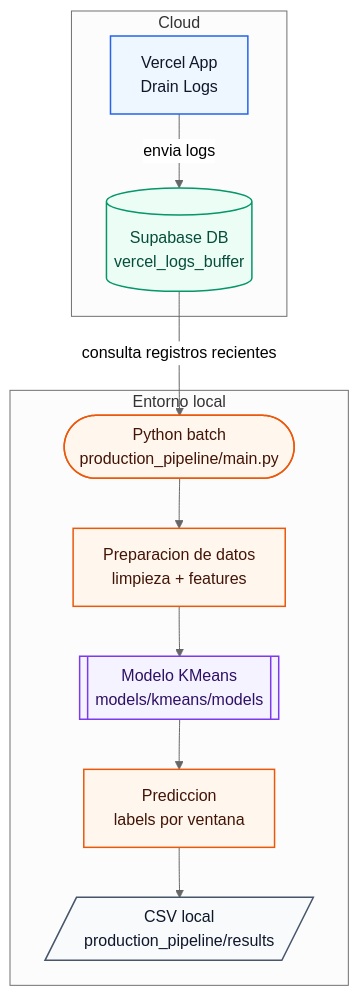
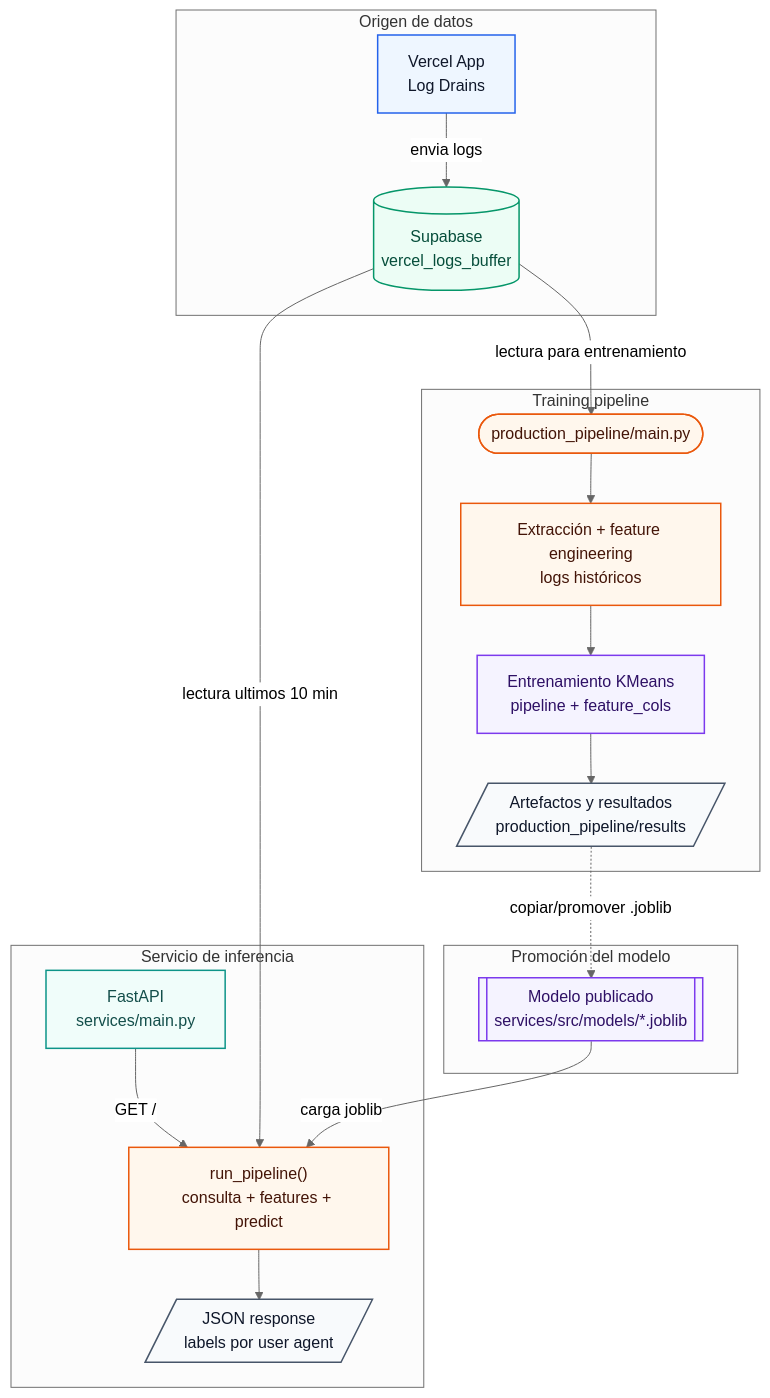
Before and after one commit to Groltjor/LogHound: the diagram in README.MD, drawn with Mermaid (neutral theme). The commit also changed other lines of this file and 19 other files, not shown here.

````diff
--- a/README.MD
+++ b/README.MD
@@ -11,34 +38,50 @@
 ```mermaid
 flowchart TB
-    subgraph cloud["Cloud"]
-        vercel["Vercel App<br/>Drain Logs"]
-        supabase[("Supabase DB<br/>vercel_logs_buffer")]
+    subgraph origen["Origen de datos"]
+        vercel["Vercel App<br/>Log Drains"]
+        supabase[("Supabase<br/>vercel_logs_buffer")]
     end
 
-    subgraph local["Entorno local"]
-        batch(["Python batch<br/>production_pipeline/main.py"])
-        etl["Preparacion de datos<br/>limpieza + features"]
-        kmeans[["Modelo KMeans<br/>models/kmeans/models"]]
-        predict["Prediccion<br/>labels por ventana"]
-        results[/"CSV local<br/>production_pipeline/results"/]
+    subgraph training["Training pipeline"]
+        trainBatch(["production_pipeline/main.py"])
+        trainEtl["Extracción + feature engineering<br/>logs históricos"]
+        trainModel["Entrenamiento KMeans<br/>pipeline + feature_cols"]
+        trainArtifacts[/"Artefactos y resultados<br/>production_pipeline/results"/]
+    end
+
+    subgraph release["Promoción del modelo"]
+        promotedModel[["Modelo publicado<br/>services/src/models/*.joblib"]]
+    end
+
+    subgraph api["Servicio de inferencia"]
+        fastapi["FastAPI<br/>services/main.py"]
+        servicePipeline["run_pipeline()<br/>consulta + features + predict"]
+        response[/"JSON response<br/>labels por user agent"/]
     end
 
     vercel -->|"envia logs"| supabase
-    supabase -->|"consulta registros recientes"| batch
-    batch --> etl
-    etl --> kmeans
-    kmeans --> predict
-    predict --> results
+    supabase -->|"lectura para entrenamiento"| trainBatch
+    trainBatch --> trainEtl
+    trainEtl --> trainModel
+    trainModel --> trainArtifacts
+    trainArtifacts -.->|"copiar/promover .joblib"| promotedModel
+
+    fastapi -->|"GET /"| servicePipeline
+    supabase -->|"lectura ultimos 10 min"| servicePipeline
+    promotedModel -->|"carga joblib"| servicePipeline
+    servicePipeline --> response
 
     classDef source fill:#eef6ff,stroke:#2563eb,stroke-width:1.5px,color:#0f172a;
     classDef database fill:#ecfdf5,stroke:#059669,stroke-width:1.5px,color:#064e3b;
-    classDef localStep fill:#fff7ed,stroke:#ea580c,stroke-width:1.5px,color:#431407;
+    classDef pipeline fill:#fff7ed,stroke:#ea580c,stroke-width:1.5px,color:#431407;
     classDef ml fill:#f5f3ff,stroke:#7c3aed,stroke-width:1.5px,color:#2e1065;
+    classDef service fill:#f0fdfa,stroke:#0d9488,stroke-width:1.5px,color:#134e4a;
     classDef output fill:#f8fafc,stroke:#475569,stroke-width:1.5px,color:#0f172a;
 
     class vercel source;
     class supabase database;
-    class batch,etl,predict localStep;
-    class kmeans ml;
-    class results output;
+    class trainBatch,trainEtl,servicePipeline pipeline;
+    class trainModel,promotedModel ml;
+    class fastapi service;
+    class trainArtifacts,response output;
 ```
````
